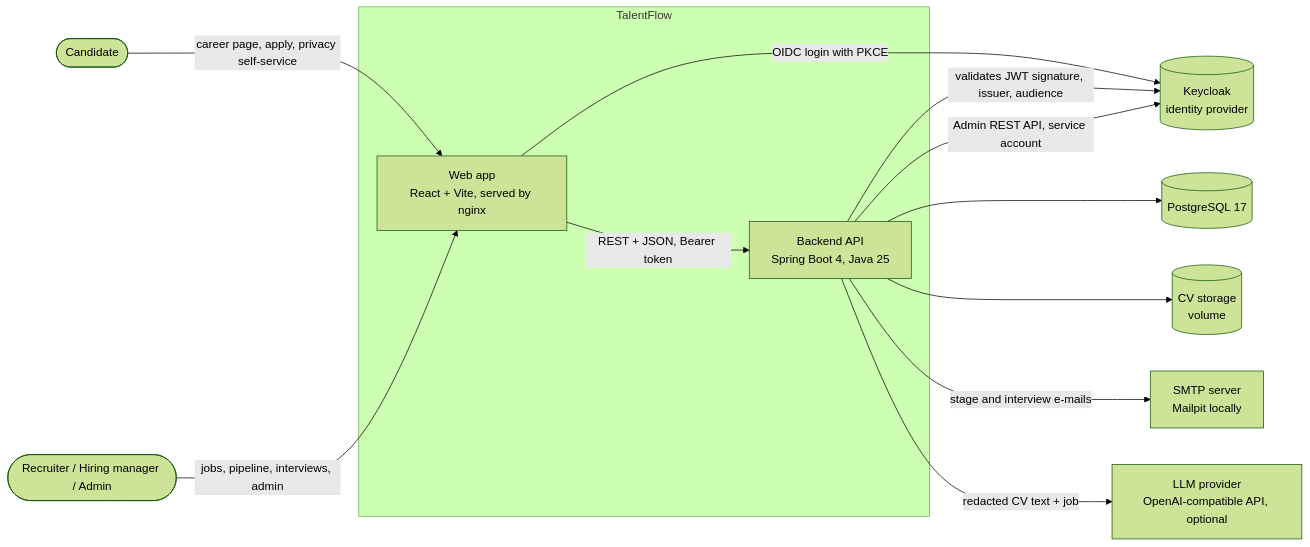
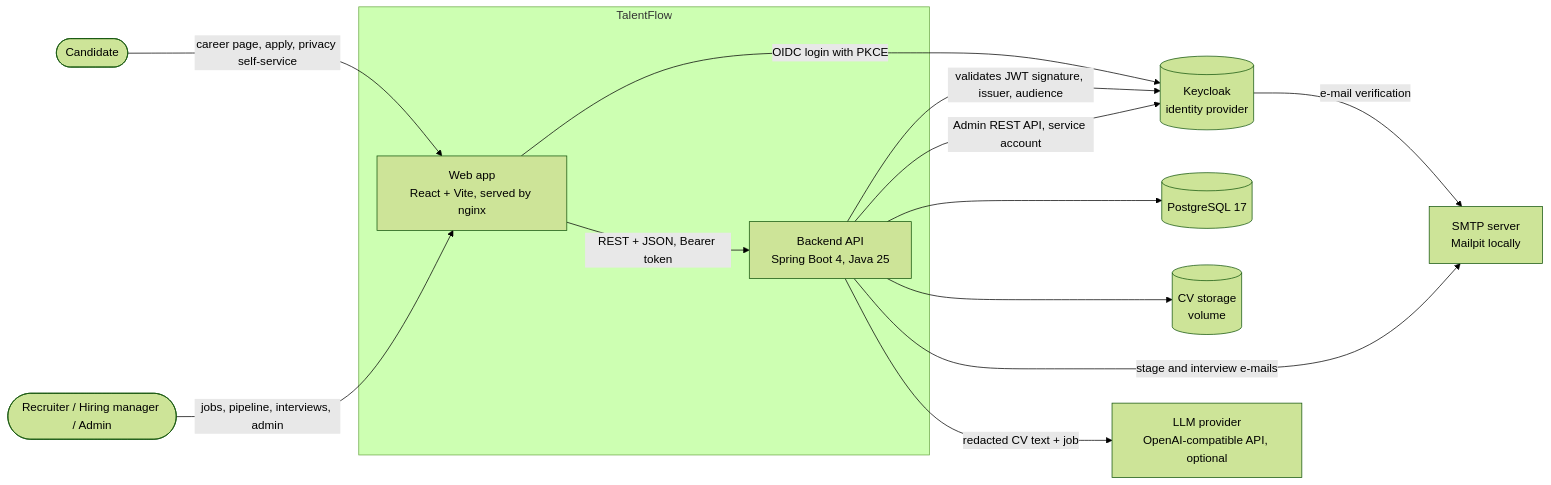
Before and after one commit to bechir76/talentflow: the first of 5 diagrams in docs/architecture.md, drawn with Mermaid (forest theme). The commit also changed other lines of this file and 1 other file, not shown here.

First line of the commit message:
docs: align README and architecture with the current code

````diff
--- a/docs/architecture.md
+++ b/docs/architecture.md
@@ -9,27 +9,28 @@
 ```mermaid
 flowchart LR
     candidate([Candidate])
     recruiter([Recruiter / Hiring manager / Admin])
 
     subgraph talentflow[TalentFlow]
         web[Web app<br/>React + Vite, served by nginx]
         api[Backend API<br/>Spring Boot 4, Java 25]
     end
 
     keycloak[(Keycloak<br/>identity provider)]
     db[(PostgreSQL 17)]
     files[(CV storage<br/>volume)]
     smtp[SMTP server<br/>Mailpit locally]
     llm[LLM provider<br/>OpenAI-compatible API, optional]
 
     candidate -->|career page, apply, privacy self-service| web
     recruiter -->|jobs, pipeline, interviews, admin| web
     web -->|OIDC login with PKCE| keycloak
     web -->|REST + JSON, Bearer token| api
     api -->|validates JWT signature, issuer, audience| keycloak
     api -->|Admin REST API, service account| keycloak
     api --> db
     api --> files
     api -->|stage and interview e-mails| smtp
     api -->|redacted CV text + job| llm
+    keycloak -->|e-mail verification| smtp
 ```
````
